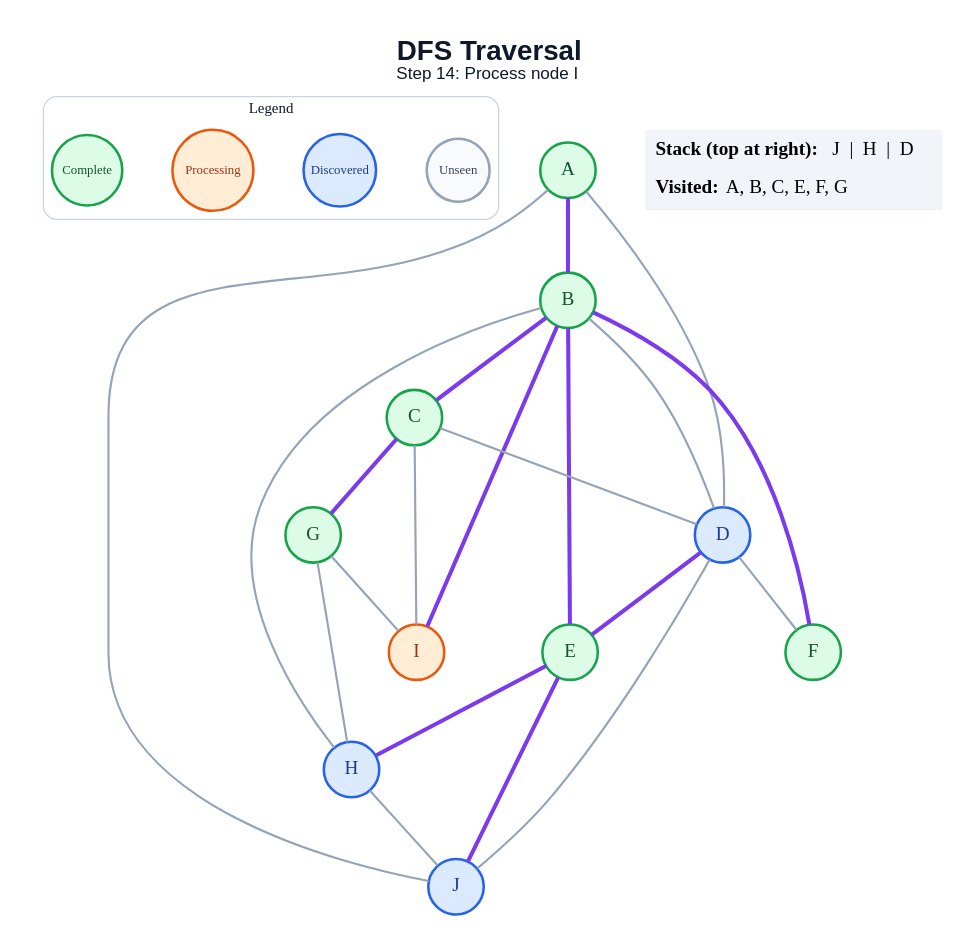
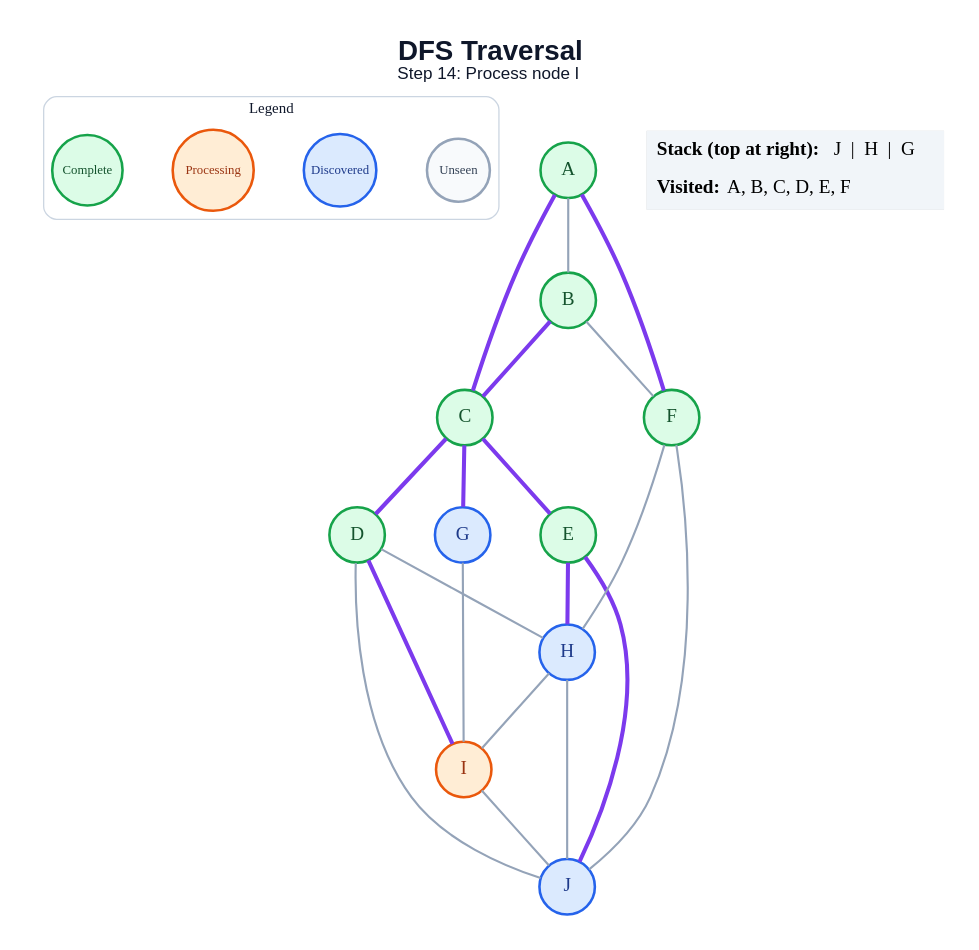
The diagram in generated/specific-node/dfs/step_14.dot (amanghodawala9/ai-slop), drawn with Graphviz before and after one commit. The commit also changed 178 other files, not shown here.

```diff
--- a/generated/specific-node/dfs/step_14.dot
+++ b/generated/specific-node/dfs/step_14.dot
@@ -1,49 +1,48 @@
 graph traversal {
   graph [layout=dot, rankdir=TB, bgcolor="#FFFFFF", pad="0.35", nodesep="0.65", ranksep="0.8", fontname="Arial"];
   node [shape=circle, style="filled", fontname="Arial Bold", fontsize=18, width=0.72, fixedsize=true, penwidth=2.4];
   edge [color="#94A3B8", penwidth=2.0];
   label=<<B>DFS Traversal</B><BR/><FONT POINT-SIZE="16">Step 14: Process node I</FONT>>; labelloc="t"; fontsize=26; fontname="Arial"; fontcolor="#0F172A";
   subgraph cluster_legend { label="Legend"; color="#CBD5E1"; penwidth=1.2; style="rounded"; fontsize=14; fontname="Arial Bold";
     key_unseen [label="Unseen", fillcolor="#F8FAFC", color="#94A3B8", fontcolor="#334155", fontsize=12, width=0.82];
     key_frontier [label="Discovered", fillcolor="#DBEAFE", color="#2563EB", fontcolor="#1E3A8A", fontsize=12, width=0.95];
     key_current [label="Processing", fillcolor="#FFEDD5", color="#EA580C", fontcolor="#9A3412", fontsize=12, width=1.05];
     key_done [label="Complete", fillcolor="#DCFCE7", color="#16A34A", fontcolor="#14532D", fontsize=12, width=0.92];
     { rank=same; key_unseen; key_frontier; key_current; key_done; }
   }
   A [fillcolor="#DCFCE7", color="#16A34A", fontcolor="#14532D"];
   B [fillcolor="#DCFCE7", color="#16A34A", fontcolor="#14532D"];
   C [fillcolor="#DCFCE7", color="#16A34A", fontcolor="#14532D"];
-  D [fillcolor="#DBEAFE", color="#2563EB", fontcolor="#1E3A8A"];
+  D [fillcolor="#DCFCE7", color="#16A34A", fontcolor="#14532D"];
   E [fillcolor="#DCFCE7", color="#16A34A", fontcolor="#14532D"];
   F [fillcolor="#DCFCE7", color="#16A34A", fontcolor="#14532D"];
-  G [fillcolor="#DCFCE7", color="#16A34A", fontcolor="#14532D"];
+  G [fillcolor="#DBEAFE", color="#2563EB", fontcolor="#1E3A8A"];
   H [fillcolor="#DBEAFE", color="#2563EB", fontcolor="#1E3A8A"];
   I [fillcolor="#FFEDD5", color="#EA580C", fontcolor="#9A3412"];
   J [fillcolor="#DBEAFE", color="#2563EB", fontcolor="#1E3A8A"];
-  A -- B [color="#7C3AED", penwidth=3.8];
-  A -- D;
-  A -- J;
+  A -- B;
+  A -- C [color="#7C3AED", penwidth=3.8];
+  A -- F [color="#7C3AED", penwidth=3.8];
   B -- C [color="#7C3AED", penwidth=3.8];
-  B -- D;
-  B -- E [color="#7C3AED", penwidth=3.8];
-  B -- F [color="#7C3AED", penwidth=3.8];
-  B -- H;
-  B -- I [color="#7C3AED", penwidth=3.8];
-  C -- D;
+  B -- F;
+  C -- D [color="#7C3AED", penwidth=3.8];
+  C -- E [color="#7C3AED", penwidth=3.8];
   C -- G [color="#7C3AED", penwidth=3.8];
-  C -- I;
-  D -- E [color="#7C3AED", penwidth=3.8];
-  D -- F;
+  D -- H;
+  D -- I [color="#7C3AED", penwidth=3.8];
   D -- J;
   E -- H [color="#7C3AED", penwidth=3.8];
   E -- J [color="#7C3AED", penwidth=3.8];
-  G -- H;
+  F -- H;
+  F -- J;
   G -- I;
+  H -- I;
   H -- J;
+  I -- J;
   status [shape=plain, fixedsize=false, width=0, height=0, margin=0, label=<
     <TABLE BORDER="0" CELLBORDER="0" CELLPADDING="7" BGCOLOR="#F1F5F9">
-      <TR><TD ALIGN="LEFT"><B>Stack (top at right):</B> J  |  H  |  D</TD></TR>
-      <TR><TD ALIGN="LEFT"><B>Visited:</B> A, B, C, E, F, G</TD></TR>
+      <TR><TD ALIGN="LEFT"><B>Stack (top at right):</B> J  |  H  |  G</TD></TR>
+      <TR><TD ALIGN="LEFT"><B>Visited:</B> A, B, C, D, E, F</TD></TR>
     </TABLE>
   >];
 }
```
